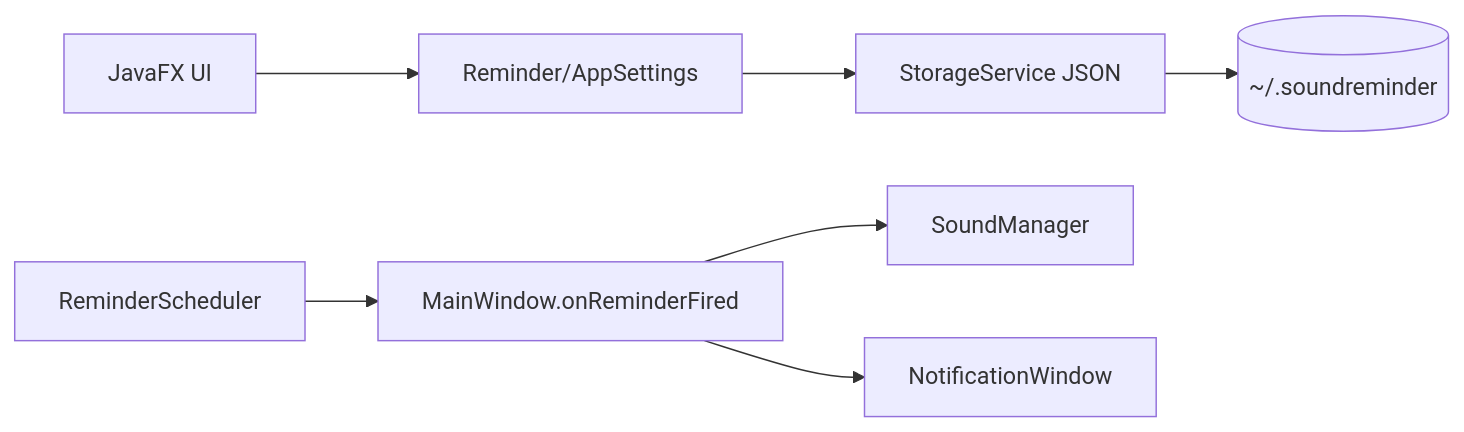
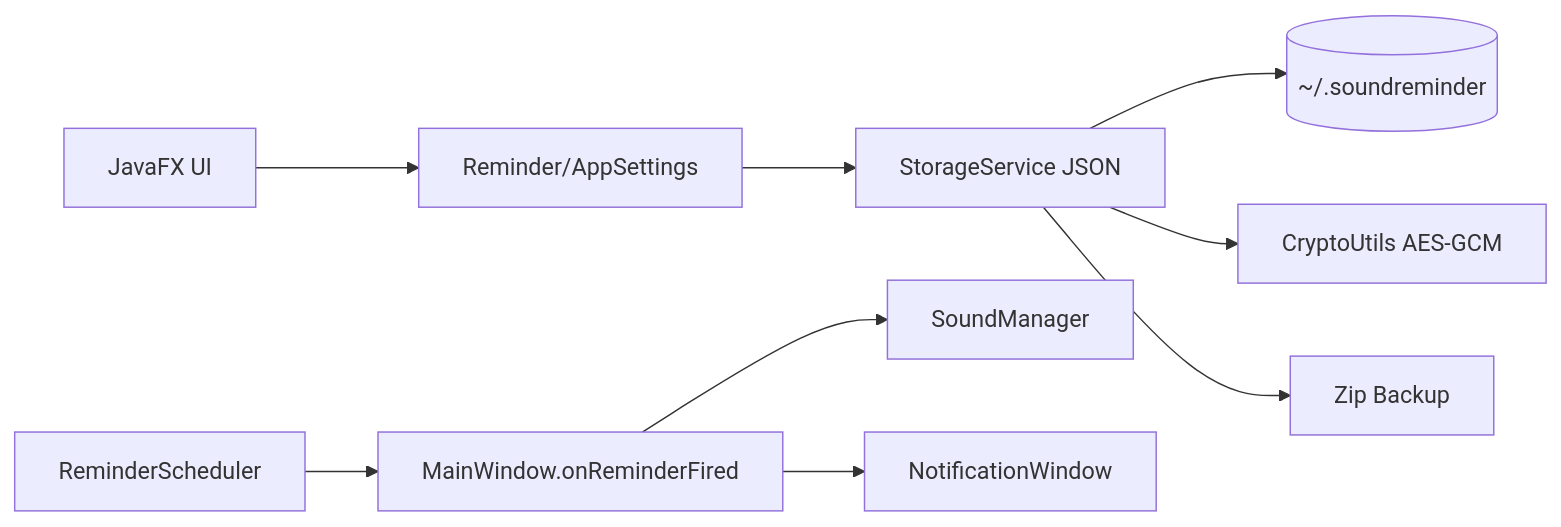
Before and after one commit to KIRAZINA/sound-reminder: the fifth of 6 diagrams in PROJECT_ARCHITECTURE.md, drawn with Mermaid. The commit also changed other lines of this file, not shown here.

Commit message:
docs: update architecture analysis after remediation phases

````diff
--- a/PROJECT_ARCHITECTURE.md
+++ b/PROJECT_ARCHITECTURE.md
@@ -720,9 +798,11 @@
 ```mermaid
 flowchart LR
     UI[JavaFX UI] --> Model[Reminder/AppSettings]
     Model --> Storage[StorageService JSON]
     Storage --> Disk[(~/.soundreminder)]
+    Storage --> Crypto[CryptoUtils AES-GCM]
+    Storage --> Backup[Zip Backup]
     Scheduler[ReminderScheduler] --> Callback[MainWindow.onReminderFired]
     Callback --> Sound[SoundManager]
     Callback --> Notif[NotificationWindow]
 ```
````
